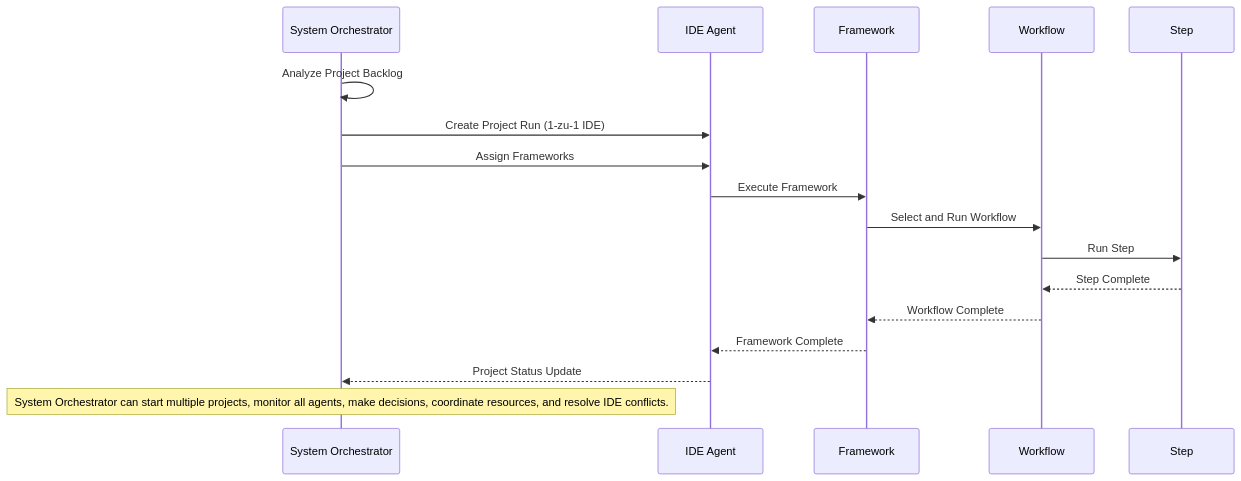
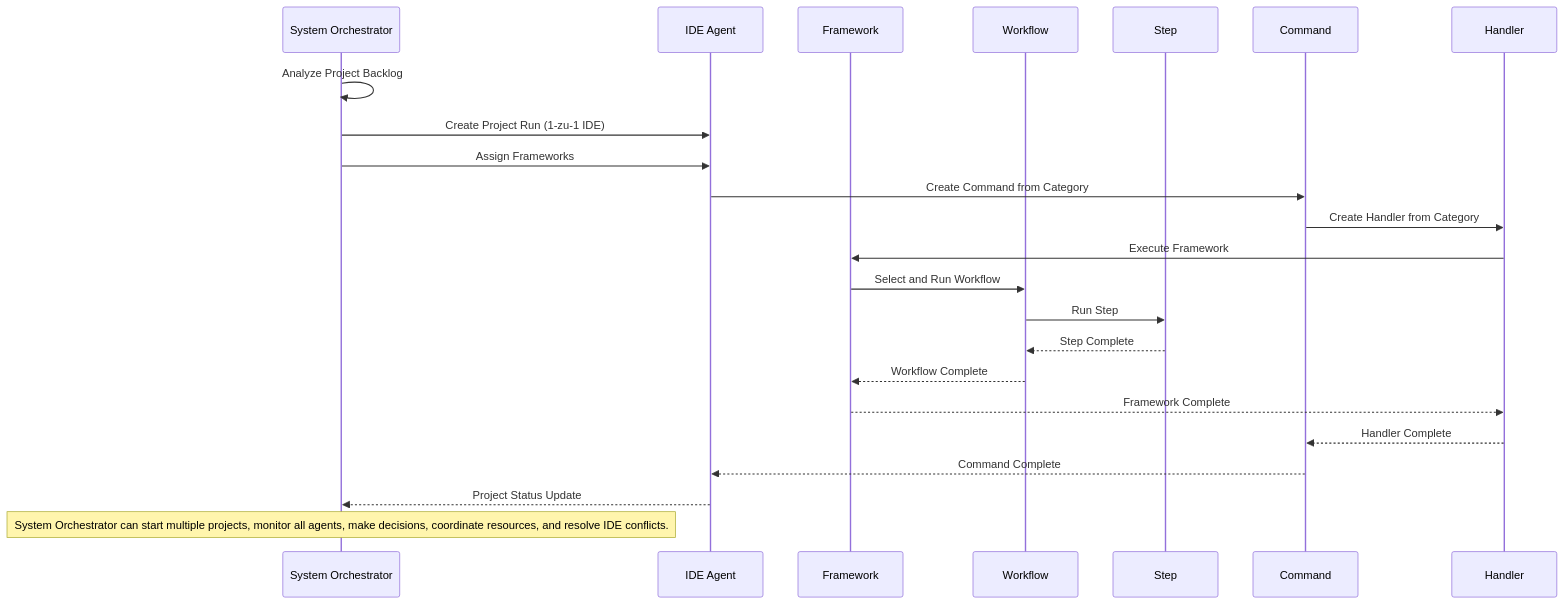
Before and after one commit to fr4iser90/PIDEA: the fifth of 6 diagrams in docs/architecture/meta-ebenen-capabilities.md, drawn with Mermaid. The commit also changed other lines of this file and 11 other files, not shown here.

First line of the commit message:
Enhance Architecture Documentation for Modular Commands and Handlers

````diff
--- a/docs/architecture/meta-ebenen-capabilities.md
+++ b/docs/architecture/meta-ebenen-capabilities.md
@@ -224,22 +276,28 @@
 ```mermaid
 sequenceDiagram
     participant SO as System Orchestrator
     participant PA as IDE Agent
     participant FW as Framework
     participant WF as Workflow
     participant ST as Step
+    participant CMD as Command
+    participant HND as Handler
     
     SO->>SO: Analyze Project Backlog
     SO->>PA: Create Project Run (1-zu-1 IDE)
     SO->>PA: Assign Frameworks
     
-    PA->>FW: Execute Framework
+    PA->>CMD: Create Command from Category
+    CMD->>HND: Create Handler from Category
+    HND->>FW: Execute Framework
     FW->>WF: Select and Run Workflow
     WF->>ST: Run Step
     ST-->>WF: Step Complete
     WF-->>FW: Workflow Complete
-    FW-->>PA: Framework Complete
+    FW-->>HND: Framework Complete
+    HND-->>CMD: Handler Complete
+    CMD-->>PA: Command Complete
     PA-->>SO: Project Status Update
     
     Note over SO: System Orchestrator can start multiple projects, monitor all agents, make decisions, coordinate resources, and resolve IDE conflicts.
 ```
````
